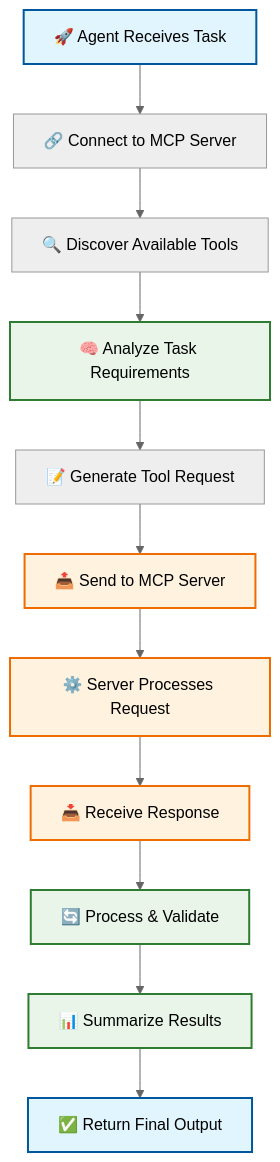
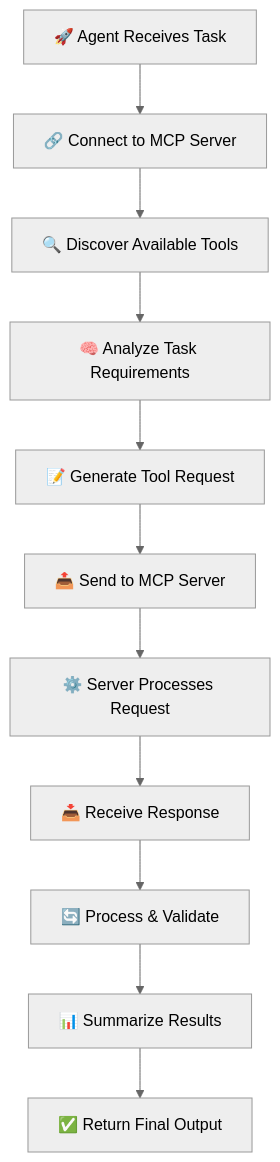
One commit to kyegomez/swarms changed the diagram in docs/swarms/structs/agent_mcp.md. Above: the diagram before and after it, drawn with Mermaid (neutral theme). The commit also changed other lines of this file, not shown here.

Commit message:
fix docs for agent mcp

````diff
--- a/docs/swarms/structs/agent_mcp.md
+++ b/docs/swarms/structs/agent_mcp.md
@@ -134,21 +134,17 @@
 ```mermaid
 graph TD
     A[🚀 Agent Receives Task] --> B[🔗 Connect to MCP Server]
     B --> C[🔍 Discover Available Tools]
     C --> D[🧠 Analyze Task Requirements]
     D --> E[📝 Generate Tool Request]
     E --> F[📤 Send to MCP Server]
     F --> G[⚙️ Server Processes Request]
     G --> H[📥 Receive Response]
     H --> I[🔄 Process & Validate]
     I --> J[📊 Summarize Results]
     J --> K[✅ Return Final Output]
     
-    classDef startEnd fill:#e1f5fe,stroke:#01579b,stroke-width:2px
-    classDef process fill:#e8f5e8,stroke:#2e7d32,stroke-width:2px
-    classDef communication fill:#fff3e0,stroke:#ef6c00,stroke-width:2px
-    
     class A,K startEnd
     class D,I,J process
     class F,G,H communication
 ```
````
